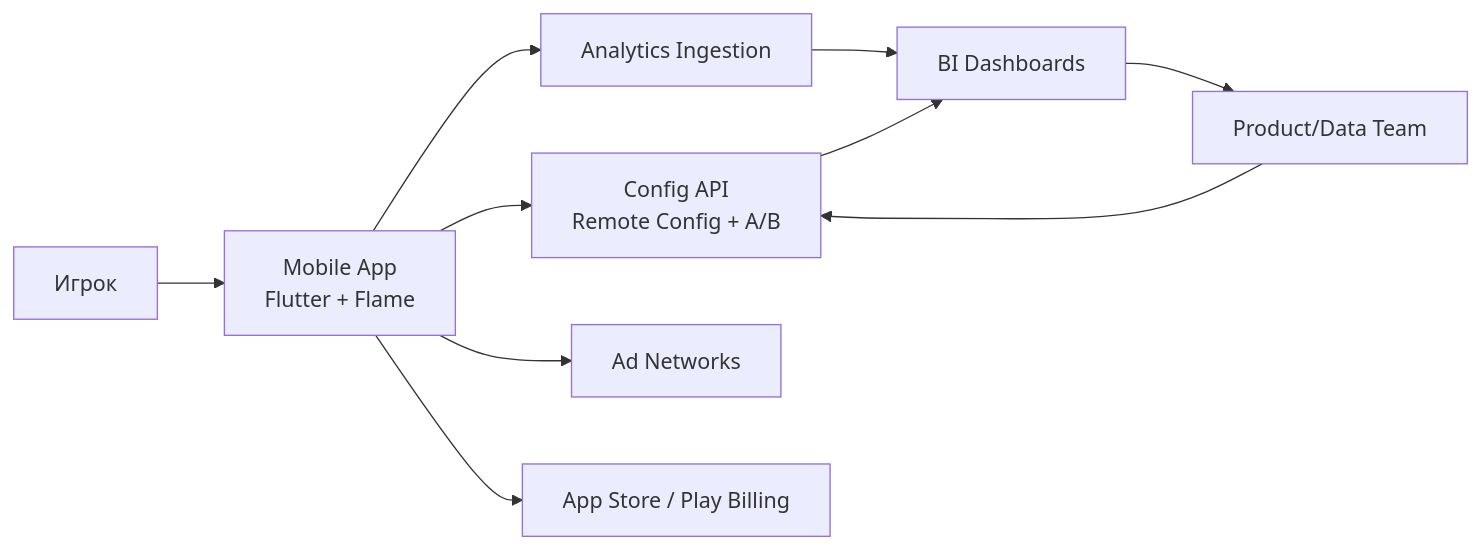
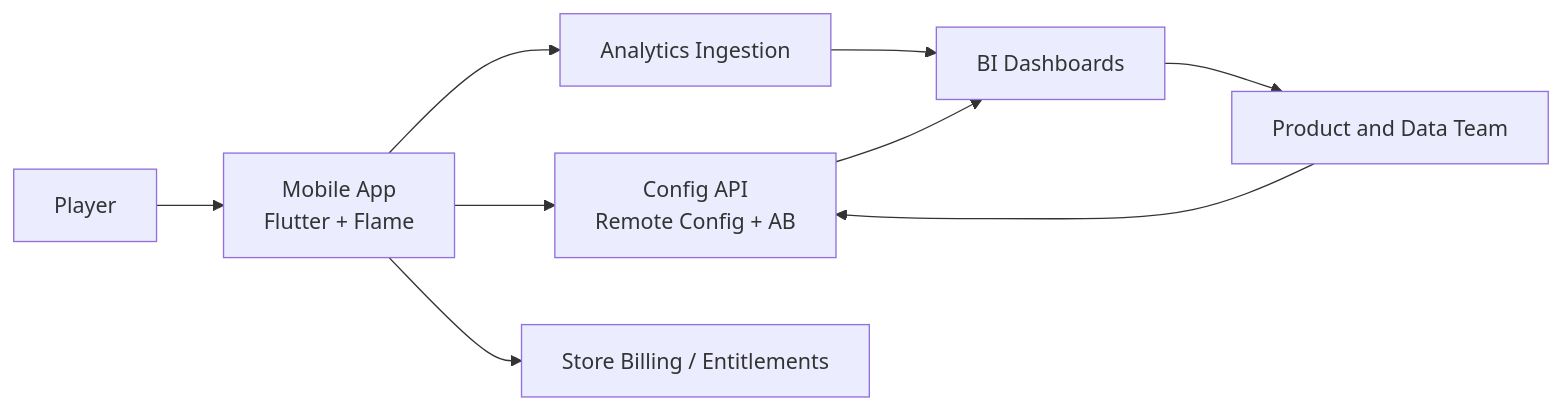
Before and after one commit to Linol-Hamelton/Block-Puzzle: the first of 4 diagrams in docs/architecture/03_RELATION_MAP.md, drawn with Mermaid. The commit also changed other lines of this file and 180 other files, not shown here.

Commit message:
chore: sync current project state and roadmap/docs updates

````diff
--- a/docs/architecture/03_RELATION_MAP.md
+++ b/docs/architecture/03_RELATION_MAP.md
@@ -4,12 +4,11 @@
 ```mermaid
 flowchart LR
-  Player[Игрок] --> MobileApp[Mobile App\nFlutter + Flame]
-  MobileApp --> ConfigAPI[Config API\nRemote Config + A/B]
+  Player[Player] --> MobileApp[Mobile App\nFlutter + Flame]
+  MobileApp --> ConfigAPI[Config API\nRemote Config + AB]
   MobileApp --> AnalyticsIngest[Analytics Ingestion]
-  MobileApp --> AdNetworks[Ad Networks]
-  MobileApp --> IAPStore[App Store / Play Billing]
+  MobileApp --> StoreBilling[Store Billing / Entitlements]
   AnalyticsIngest --> BI[BI Dashboards]
   ConfigAPI --> BI
-  BI --> ProductTeam[Product/Data Team]
+  BI --> ProductTeam[Product and Data Team]
   ProductTeam --> ConfigAPI
 ```
````
